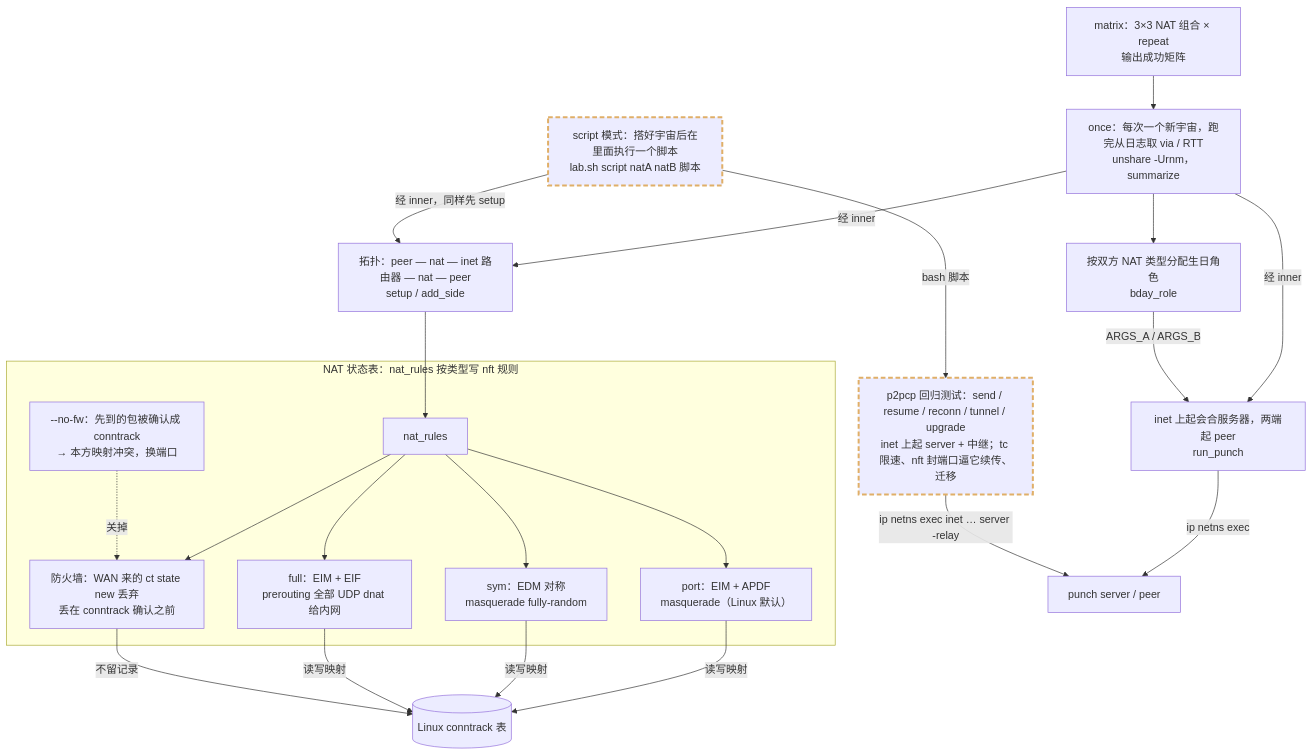
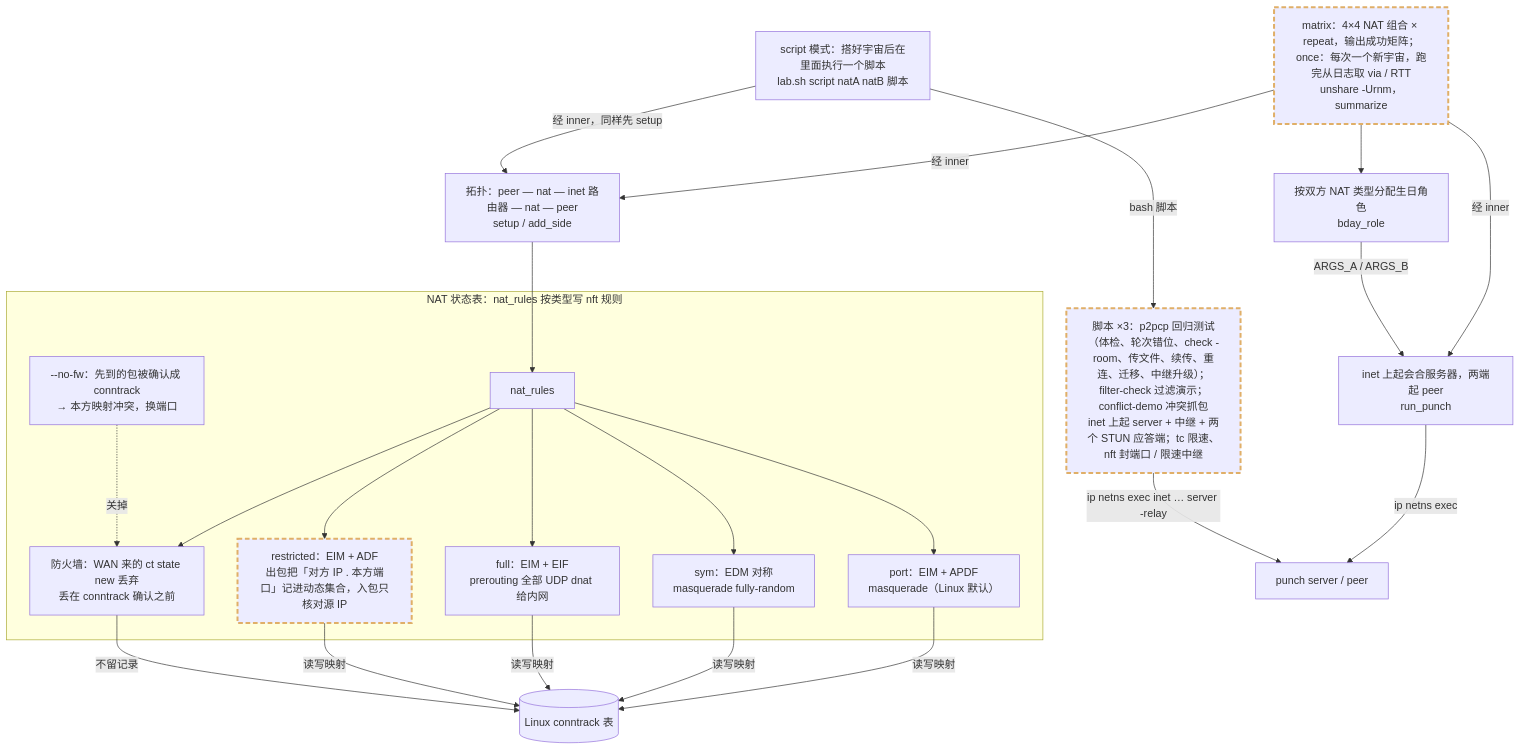
One commit to numb747/uu-remote-study changed the diagram in docs/arch/30-netns-nat.mmd. Above: the diagram before and after it, drawn with Mermaid. The commit also changed 9 other files, not shown here.

First line of the commit message:
架构地图：同步到 d578d66（第 8 步收尾），DESIGN 8 步全部勾掉

```diff
--- a/docs/arch/30-netns-nat.mmd
+++ b/docs/arch/30-netns-nat.mmd
@@ -1,55 +1,56 @@
 flowchart TD
-  matrix["matrix：3×3 NAT 组合 × repeat<br/>输出成功矩阵"]
-  once["once：每次一个新宇宙，跑完从日志取 via / RTT<br/>unshare -Urnm，summarize"]
+  once["matrix：4×4 NAT 组合 × repeat，输出成功矩阵；once：每次一个新宇宙，跑完从日志取 via / RTT<br/>unshare -Urnm，summarize"]:::changed
   bday_role["按双方 NAT 类型分配生日角色<br/>bday_role"]
   setup["拓扑：peer — nat — inet 路由器 — nat — peer<br/>setup / add_side"]
   run_punch["inet 上起会合服务器，两端起 peer<br/>run_punch"]
   punch_bin["punch server / peer"]
-  script["script 模式：搭好宇宙后在里面执行一个脚本<br/>lab.sh script natA natB 脚本"]:::changed
-  p2pcp_test["p2pcp 回归测试：send / resume / reconn / tunnel / upgrade<br/>inet 上起 server + 中继；tc 限速、nft 封端口逼它续传、迁移"]:::changed
+  script["script 模式：搭好宇宙后在里面执行一个脚本<br/>lab.sh script natA natB 脚本"]
+  p2pcp_test["脚本 ×3：p2pcp 回归测试（体检、轮次错位、check -room、传文件、续传、重连、迁移、中继升级）；filter-check 过滤演示；conflict-demo 冲突抓包<br/>inet 上起 server + 中继 + 两个 STUN 应答端；tc 限速、nft 封端口 / 限速中继"]:::changed
 
   subgraph table["NAT 状态表：nat_rules 按类型写 nft 规则"]
     nat_rules["nat_rules"]
     nat_port["port：EIM + APDF<br/>masquerade（Linux 默认）"]
     nat_sym["sym：EDM 对称<br/>masquerade fully-random"]
     nat_full["full：EIM + EIF<br/>prerouting 全部 UDP dnat 给内网"]
+    nat_restricted["restricted：EIM + ADF<br/>出包把「对方 IP . 本方端口」记进动态集合，入包只核对源 IP"]:::changed
     fw["防火墙：WAN 来的 ct state new 丢弃<br/>丢在 conntrack 确认之前"]
     nofw["--no-fw：先到的包被确认成 conntrack<br/>→ 本方映射冲突，换端口"]
   end
   conntrack[(Linux conntrack 表)]
 
-  matrix --> once
   once --> bday_role
   once -->|"经 inner"| setup
   setup --> nat_rules
   nat_rules --> nat_port
   nat_rules --> nat_sym
   nat_rules --> nat_full
+  nat_rules --> nat_restricted
   nat_rules --> fw
   nat_port -->|"读写映射"| conntrack
   nat_sym -->|"读写映射"| conntrack
   nat_full -->|"读写映射"| conntrack
+  nat_restricted -->|"读写映射"| conntrack
   fw -->|"不留记录"| conntrack
   nofw -.->|"关掉"| fw
   once -->|"经 inner"| run_punch
   bday_role -->|"ARGS_A / ARGS_B"| run_punch
   run_punch -->|"ip netns exec"| punch_bin
   script -->|"经 inner，同样先 setup"| setup
   script -->|"bash 脚本"| p2pcp_test
   p2pcp_test -->|"ip netns exec inet … server -relay"| punch_bin
 
-%% @src matrix lab/netns/lab.sh matrix)
 %% @src once lab/netns/lab.sh once() {
 %% @src bday_role lab/netns/lab.sh bday_role() {
 %% @src setup lab/netns/lab.sh add_side() {
 %% @src run_punch lab/netns/lab.sh run_punch() {
 %% @src punch_bin lab/punch/main.go func main()
 %% @src script lab/netns/lab.sh script) BIN_DIR=
 %% @src p2pcp_test lab/netns/p2pcp-test.sh for t in $TESTS; do
 %% @src nat_rules lab/netns/lab.sh nat_rules() {
 %% @src nat_port lab/netns/lab.sh port) $nft add rule ip nat post oifname wan masquerade ;;
 %% @src nat_sym lab/netns/lab.sh masquerade fully-random
 %% @src nat_full lab/netns/lab.sh udp dport 1024-65535 dnat
+%% @src nat_restricted lab/netns/lab.sh update @contacted
 %% @src fw lab/netns/lab.sh ct state new drop
 %% @src nofw lab/netns/lab.sh --no-fw) NO_FW=1
 classDef changed stroke:#e0af68,stroke-width:3px,stroke-dasharray:7 4
```
